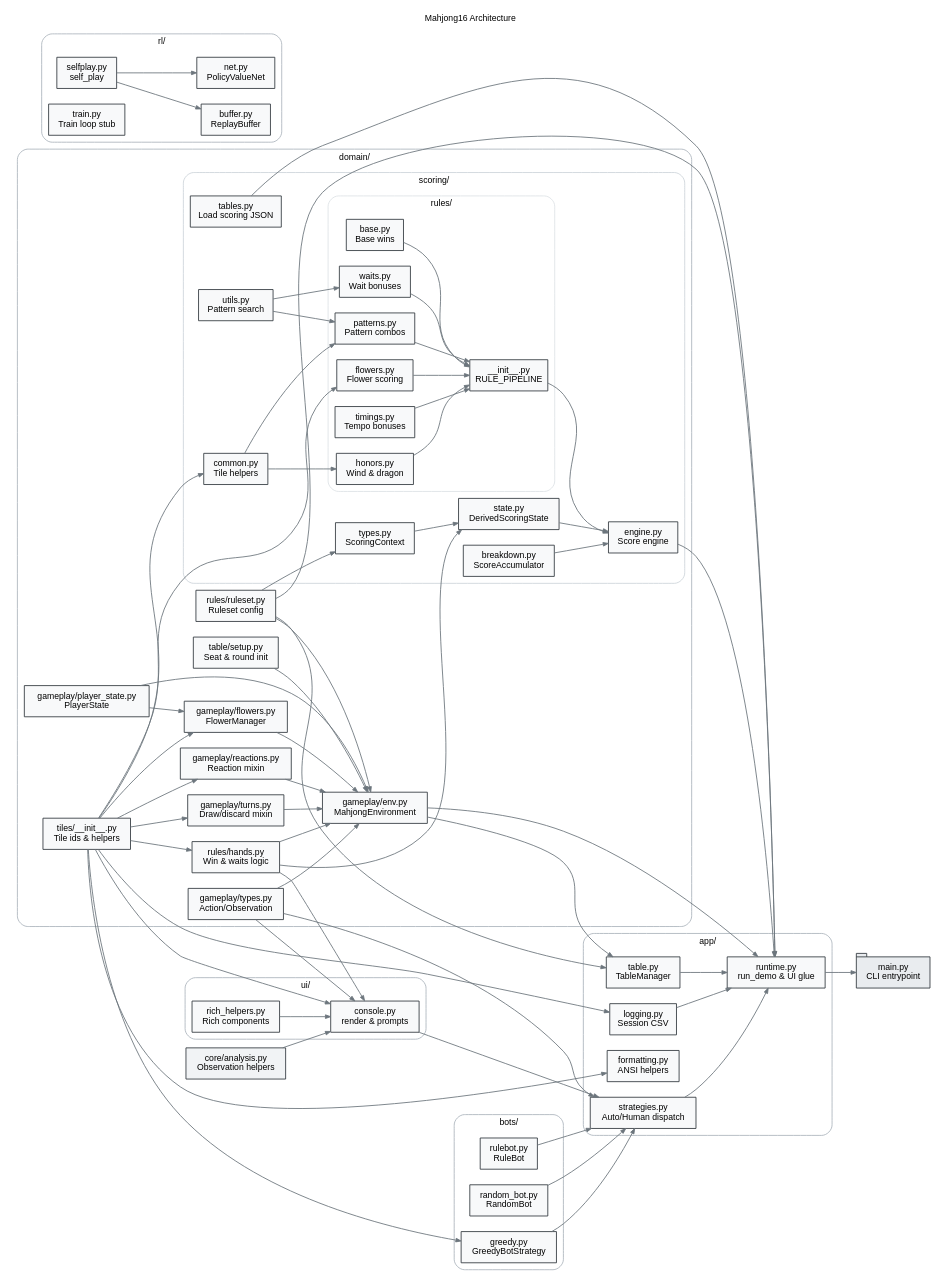
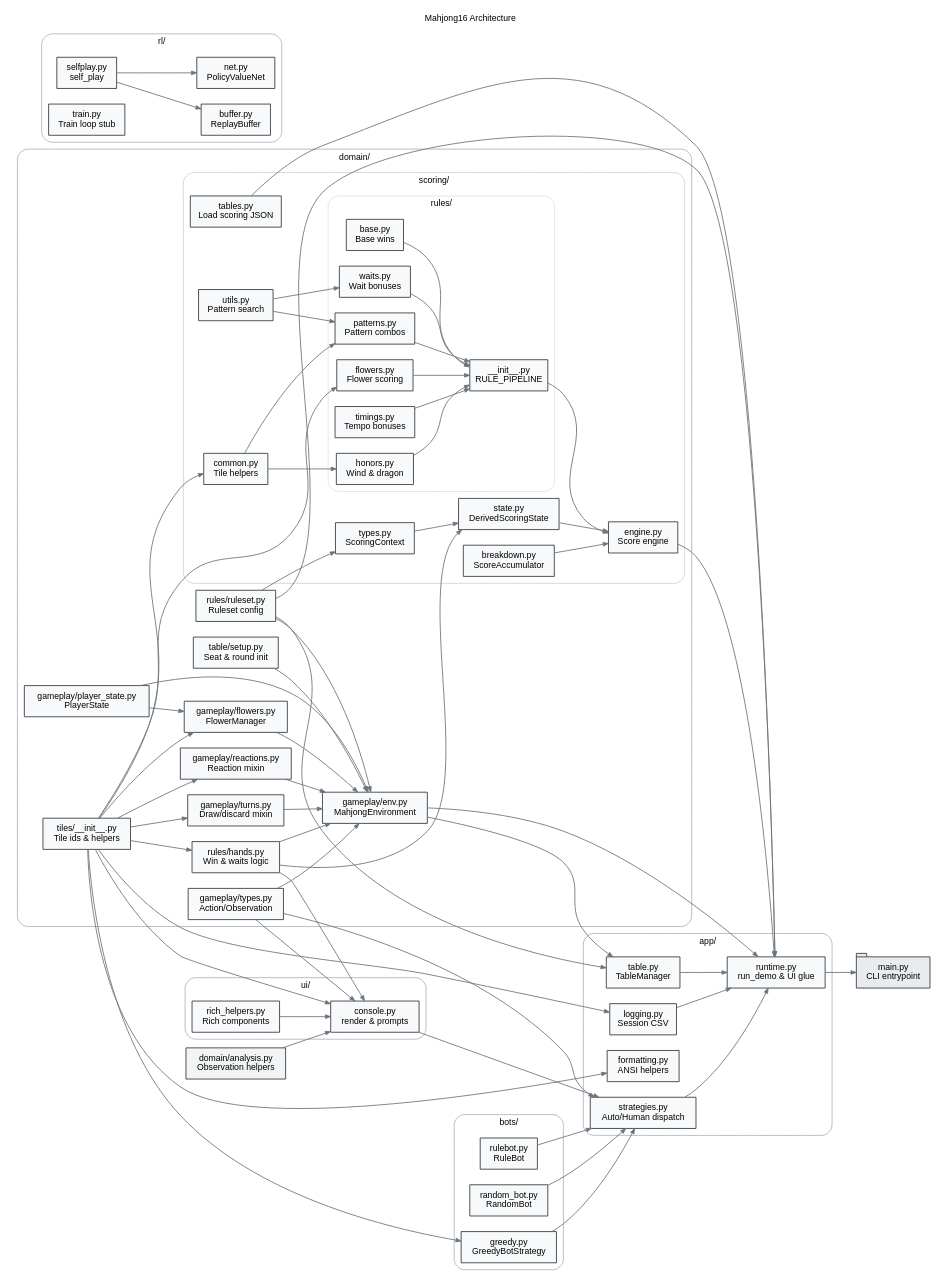
The diagram in docs/architecture/diagram.gv (yuweiiihuang/mahjong16), drawn with Graphviz before and after one commit. The commit also changed 17 other files, not shown here.

Commit message:
refactor: migrate core components to domain package and remove deprecated shims

```diff
--- a/docs/architecture/diagram.gv
+++ b/docs/architecture/diagram.gv
@@ -1,165 +1,165 @@
 // Graphviz diagram of Mahjong16 modules and dependencies
 digraph Mahjong16 {
     graph [rankdir=LR, fontsize=10, fontname="Helvetica", labelloc="t", label="Mahjong16 Architecture"];
     node [shape=box, fontsize=10, fontname="Helvetica", style="filled", fillcolor="#f8f9fa", color="#343a40"];
     edge [color="#6c757d", arrowsize=0.6];
 
     subgraph cluster_domain {
         label = "domain/";
         color = "#adb5bd";
         style = "rounded";
 
         domain_tiles      [label="tiles/__init__.py\nTile ids & helpers"];
         domain_ruleset    [label="rules/ruleset.py\nRuleset config"];
         domain_rules_hands[label="rules/hands.py\nWin & waits logic"];
         domain_game_types [label="gameplay/types.py\nAction/Observation"];
         domain_player     [label="gameplay/player_state.py\nPlayerState"];
         domain_flowers    [label="gameplay/flowers.py\nFlowerManager"];
         domain_turns      [label="gameplay/turns.py\nDraw/discard mixin"];
         domain_reactions  [label="gameplay/reactions.py\nReaction mixin"];
         domain_env        [label="gameplay/env.py\nMahjongEnvironment"];
         domain_table      [label="table/setup.py\nSeat & round init"];
 
         subgraph cluster_domain_scoring {
             label = "scoring/";
             color = "#ced4da";
             style = "rounded";
 
             domain_sc_tables    [label="tables.py\nLoad scoring JSON"];
             domain_sc_types     [label="types.py\nScoringContext"];
             domain_sc_state     [label="state.py\nDerivedScoringState"];
             domain_sc_engine    [label="engine.py\nScore engine"];
             domain_sc_breakdown [label="breakdown.py\nScoreAccumulator"];
             domain_sc_common    [label="common.py\nTile helpers"];
             domain_sc_utils     [label="utils.py\nPattern search"];
 
             subgraph cluster_domain_scoring_rules {
                 label = "rules/";
                 color = "#dee2e6";
                 style = "rounded";
 
                 domain_sc_rules_pipeline [label="__init__.py\nRULE_PIPELINE"];
                 domain_sc_rules_flowers  [label="flowers.py\nFlower scoring"];
                 domain_sc_rules_base     [label="base.py\nBase wins"];
                 domain_sc_rules_waits    [label="waits.py\nWait bonuses"];
                 domain_sc_rules_patterns [label="patterns.py\nPattern combos"];
                 domain_sc_rules_honors   [label="honors.py\nWind & dragon"];
                 domain_sc_rules_timings  [label="timings.py\nTempo bonuses"];
             }
         }
     }
 
-    core_analysis [label="core/analysis.py\nObservation helpers", fillcolor="#f1f3f5"];
+    domain_analysis [label="domain/analysis.py\nObservation helpers", fillcolor="#f1f3f5"];
 
     subgraph cluster_app {
         label = "app/";
         color = "#adb5bd";
         style = "rounded";
         app_table    [label="table.py\nTableManager"];
         app_strat    [label="strategies.py\nAuto/Human dispatch"];
         app_runtime  [label="runtime.py\nrun_demo & UI glue"];
         app_logging  [label="logging.py\nSession CSV"];
         app_format   [label="formatting.py\nANSI helpers"];
     }
 
     subgraph cluster_ui {
         label = "ui/";
         color = "#adb5bd";
         style = "rounded";
         ui_console [label="console.py\nrender & prompts"];
         ui_helpers [label="rich_helpers.py\nRich components"];
     }
 
     subgraph cluster_bots {
         label = "bots/";
         color = "#adb5bd";
         style = "rounded";
         bot_rule   [label="rulebot.py\nRuleBot"];
         bot_random [label="random_bot.py\nRandomBot"];
         bot_greedy [label="greedy.py\nGreedyBotStrategy"];
     }
 
     subgraph cluster_rl {
         label = "rl/";
         color = "#adb5bd";
         style = "rounded";
         rl_selfplay [label="selfplay.py\nself_play"];
         rl_buffer   [label="buffer.py\nReplayBuffer"];
         rl_net      [label="net.py\nPolicyValueNet"];
         rl_train    [label="train.py\nTrain loop stub"];
     }
 
     main_cli [label="main.py\nCLI entrypoint", shape=tab, fillcolor="#e9ecef"];
 
     // Domain dependencies
     domain_tiles -> domain_rules_hands;
     domain_tiles -> domain_flowers;
     domain_tiles -> domain_turns;
     domain_tiles -> domain_reactions;
     domain_tiles -> domain_sc_common;
     domain_tiles -> domain_sc_rules_flowers;
     domain_tiles -> ui_console;
     domain_tiles -> app_logging;
     domain_tiles -> app_format;
     domain_tiles -> bot_greedy;
 
     domain_ruleset -> domain_env;
     domain_ruleset -> domain_sc_types;
     domain_ruleset -> app_table;
     domain_ruleset -> app_runtime;
 
     domain_game_types -> domain_env;
     domain_game_types -> ui_console;
     domain_game_types -> app_strat;
 
     domain_player -> domain_flowers;
     domain_player -> domain_env;
 
     domain_rules_hands -> domain_env;
     domain_rules_hands -> domain_sc_state;
     domain_rules_hands -> ui_console;
 
     domain_flowers -> domain_env;
 
     domain_turns -> domain_env;
     domain_reactions -> domain_env;
     domain_table -> domain_env;
 
-    core_analysis -> ui_console;
+    domain_analysis -> ui_console;
 
     domain_env -> app_table;
     domain_env -> app_runtime;
 
     domain_sc_tables -> app_runtime;
     domain_sc_types -> domain_sc_state;
     domain_sc_common -> domain_sc_rules_patterns;
     domain_sc_common -> domain_sc_rules_honors;
     domain_sc_utils -> domain_sc_rules_patterns;
     domain_sc_utils -> domain_sc_rules_waits;
     domain_sc_state -> domain_sc_engine;
     domain_sc_rules_flowers -> domain_sc_rules_pipeline;
     domain_sc_rules_base -> domain_sc_rules_pipeline;
     domain_sc_rules_waits -> domain_sc_rules_pipeline;
     domain_sc_rules_patterns -> domain_sc_rules_pipeline;
     domain_sc_rules_honors -> domain_sc_rules_pipeline;
     domain_sc_rules_timings -> domain_sc_rules_pipeline;
     domain_sc_rules_pipeline -> domain_sc_engine;
     domain_sc_engine -> app_runtime;
     domain_sc_breakdown -> domain_sc_engine;
 
     ui_helpers -> ui_console;
 
     app_table -> app_runtime;
     app_strat -> app_runtime;
     app_logging -> app_runtime;
     ui_console -> app_strat;
 
     bot_rule -> app_strat;
     bot_random -> app_strat;
     bot_greedy -> app_strat;
 
     rl_selfplay -> rl_buffer;
     rl_selfplay -> rl_net;
 
     app_runtime -> main_cli;
 }
```
